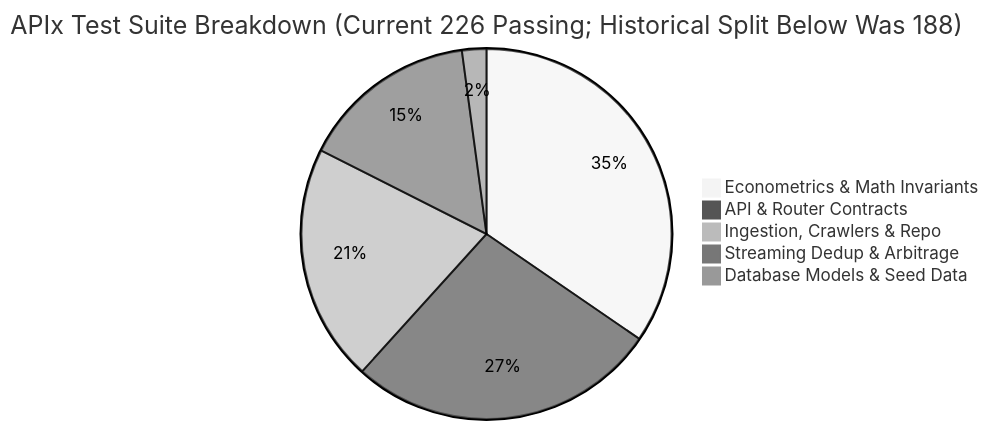
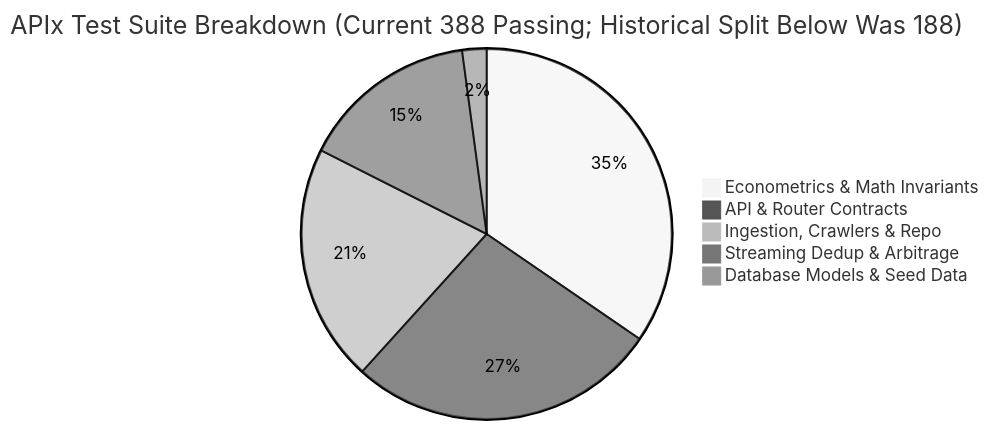
The fifth of 5 diagrams in docs/APIX_MASTER_SPECIFICATION.md (SameerKumar05/APIx), drawn with Mermaid (neutral theme) before and after one commit. The commit also changed other lines of this file and 10 other files, not shown here.

First line of the commit message:
docs: align every deployment and architecture claim with the code

````diff
--- a/docs/APIX_MASTER_SPECIFICATION.md
+++ b/docs/APIX_MASTER_SPECIFICATION.md
@@ -747,8 +747,8 @@
 ```mermaid
-pie title APIx Test Suite Breakdown (Current 226 Passing; Historical Split Below Was 188)
+pie title APIx Test Suite Breakdown (Current 388 Passing; Historical Split Below Was 188)
     "Econometrics & Math Invariants" : 65
     "API & Router Contracts" : 51
     "Ingestion, Crawlers & Repo" : 39
     "Streaming Dedup & Arbitrage" : 29
     "Database Models & Seed Data" : 4
 ```
````
